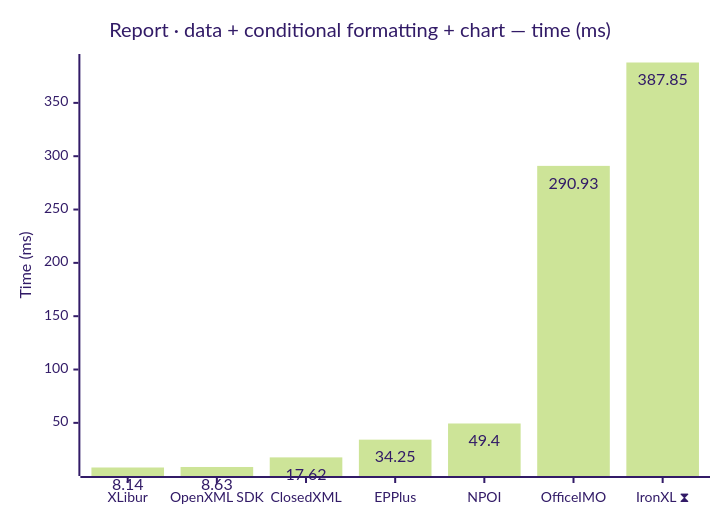
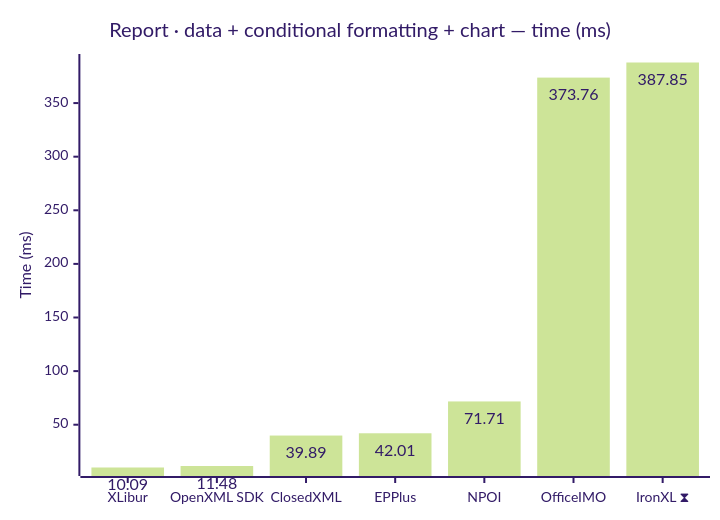
One commit to jafin/XLBench changed the ninth of 18 diagrams in docs/results-ci.md. Above: the diagram before and after it, drawn with Mermaid (forest theme). The commit also changed other lines of this file, not shown here.

````diff
--- a/docs/results-ci.md
+++ b/docs/results-ci.md
@@ -147,12 +147,12 @@
 ```mermaid
 ---
 config:
   xyChart:
     showDataLabel: true
 ---
 xychart-beta
     title "Report · data + conditional formatting + chart — time (ms)"
     x-axis ["XLibur", "OpenXML SDK", "ClosedXML", "EPPlus", "NPOI", "OfficeIMO", "IronXL ⧗"]
     y-axis "Time (ms)"
-    bar [8.14, 8.63, 17.62, 34.25, 49.4, 290.93, 387.85]
+    bar [10.09, 11.48, 39.89, 42.01, 71.71, 373.76, 387.85]
 ```
````
